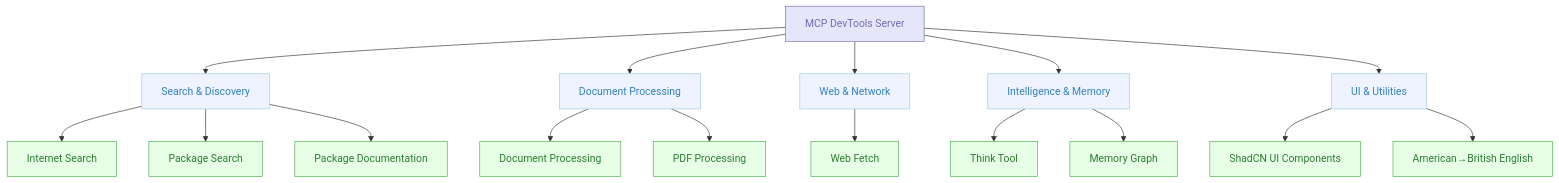
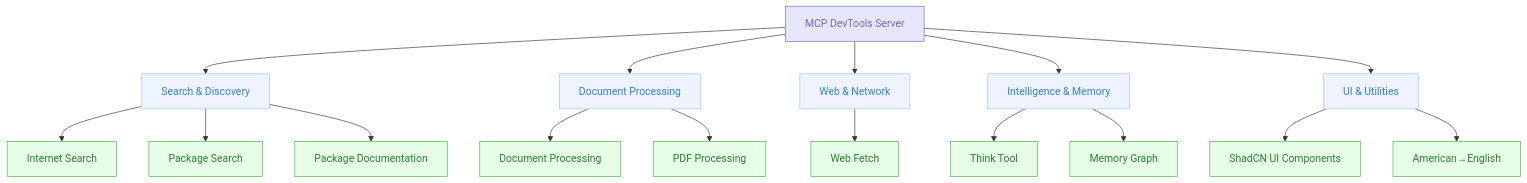
One commit to sammcj/mcp-devtools changed the diagram in README.md. Above: the diagram before and after it, drawn with Mermaid. The commit also changed other lines of this file and 1 other file, not shown here.

````diff
--- a/README.md
+++ b/README.md
@@ -5,31 +5,31 @@
 ```mermaid
 graph TD
     A[MCP DevTools Server] --> B[Search & Discovery]
     A --> C[Document Processing]
     A --> D[Web & Network]
     A --> E[Intelligence & Memory]
     A --> F[UI & Utilities]
 
     B --> B1[Internet Search]
     B --> B2[Package Search]
     B --> B3[Package Documentation]
 
     C --> C1[Document Processing]
     C --> C2[PDF Processing]
 
     D --> D1[Web Fetch]
 
     E --> E1[Think Tool]
     E --> E2[Memory Graph]
 
     F --> F1[ShadCN UI Components]
-    F --> F2[American→British English]
+    F --> F2[American→English]
 
     classDef server fill:#E6E6FA,stroke:#756BB1,color:#756BB1
     classDef category fill:#EFF3FF,stroke:#9ECAE1,color:#3182BD
     classDef tool fill:#E6FFE6,stroke:#4CAF50,color:#2E7D32
 
     class A server
     class B,C,D,E,F category
     class B1,B2,B3,C1,C2,D1,E1,E2,F1,F2 tool
 ```
````
